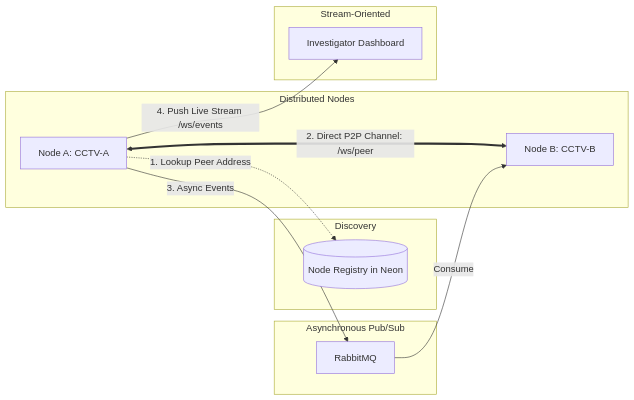
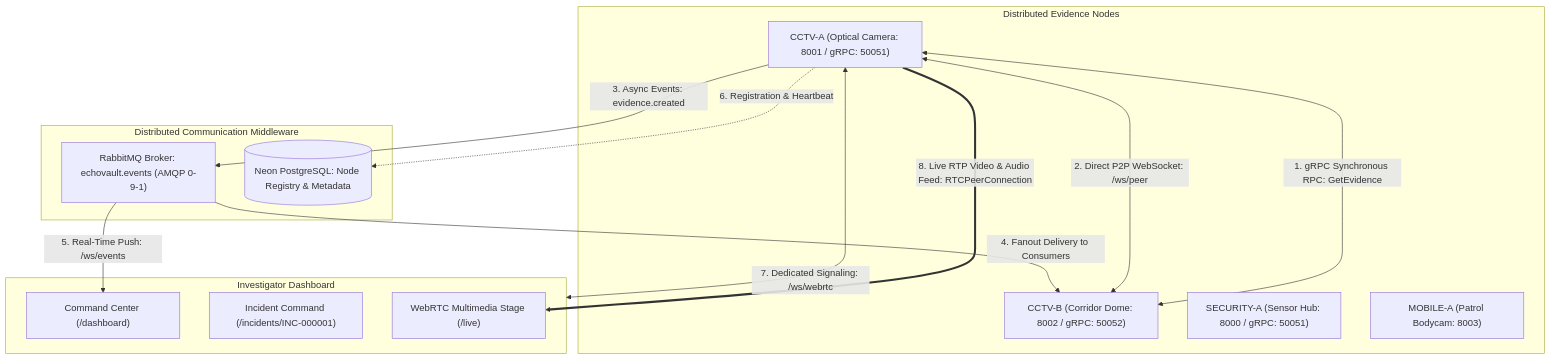
One commit to parikshit245/EchoVault changed the diagram in README.md. Above: the diagram before and after it, drawn with Mermaid. The commit also changed other lines of this file and 75 other files, not shown here.

First line of the commit message:
feat(webrtc): Implement WebRTC schemas, tracks, and signaling logic

````diff
--- a/README.md
+++ b/README.md
@@ -23,25 +53,29 @@
 ```mermaid
-flowchart LR
-    subgraph Discovery
-        Reg[(Node Registry in Neon)]
-    end
-    
-    subgraph Nodes [Distributed Nodes]
-        NodeA[Node A: CCTV-A]
-        NodeB[Node B: CCTV-B]
+flowchart TD
+    subgraph DistributedNodes [Distributed Evidence Nodes]
+        NodeA["CCTV-A (Optical Camera: 8001 / gRPC: 50051)"]
+        NodeB["CCTV-B (Corridor Dome: 8002 / gRPC: 50052)"]
+        NodeC["SECURITY-A (Sensor Hub: 8000 / gRPC: 50051)"]
+        NodeD["MOBILE-A (Patrol Bodycam: 8003)"]
     end
 
-    subgraph Broker [Asynchronous Pub/Sub]
-        MQ[RabbitMQ]
+    subgraph Middleware [Distributed Communication Middleware]
+        MQ["RabbitMQ Broker: echovault.events (AMQP 0-9-1)"]
+        Registry[("Neon PostgreSQL: Node Registry & Metadata")]
     end
 
-    subgraph BrowserStream [Stream-Oriented]
-        Dashboard[Investigator Dashboard]
+    subgraph ClientUI [Investigator Dashboard]
+        Dashboard["Command Center (/dashboard)"]
+        IncidentView["Incident Command (/incidents/INC-000001)"]
+        LiveFeed["WebRTC Multimedia Stage (/live)"]
     end
 
-    NodeA -.->|1. Lookup Peer Address| Reg
-    NodeA <===>|2. Direct P2P Channel: /ws/peer| NodeB
-    NodeA -->|3. Async Events| MQ
-    MQ -->|Consume| NodeB
-    NodeA -->|4. Push Live Stream /ws/events| Dashboard
+    NodeA <-->|1. gRPC Synchronous RPC: GetEvidence| NodeB
+    NodeA <-->|2. Direct P2P WebSocket: /ws/peer| NodeB
+    NodeA -->|3. Async Events: evidence.created| MQ
+    MQ -->|4. Fanout Delivery to Consumers| NodeB
+    MQ -->|5. Real-Time Push: /ws/events| Dashboard
+    NodeA -.->|6. Registration & Heartbeat| Registry
+    ClientUI <-->|7. Dedicated Signaling: /ws/webrtc| NodeA
+    NodeA ===>|8. Live RTP Video & Audio Feed: RTCPeerConnection| LiveFeed
 ```
````
